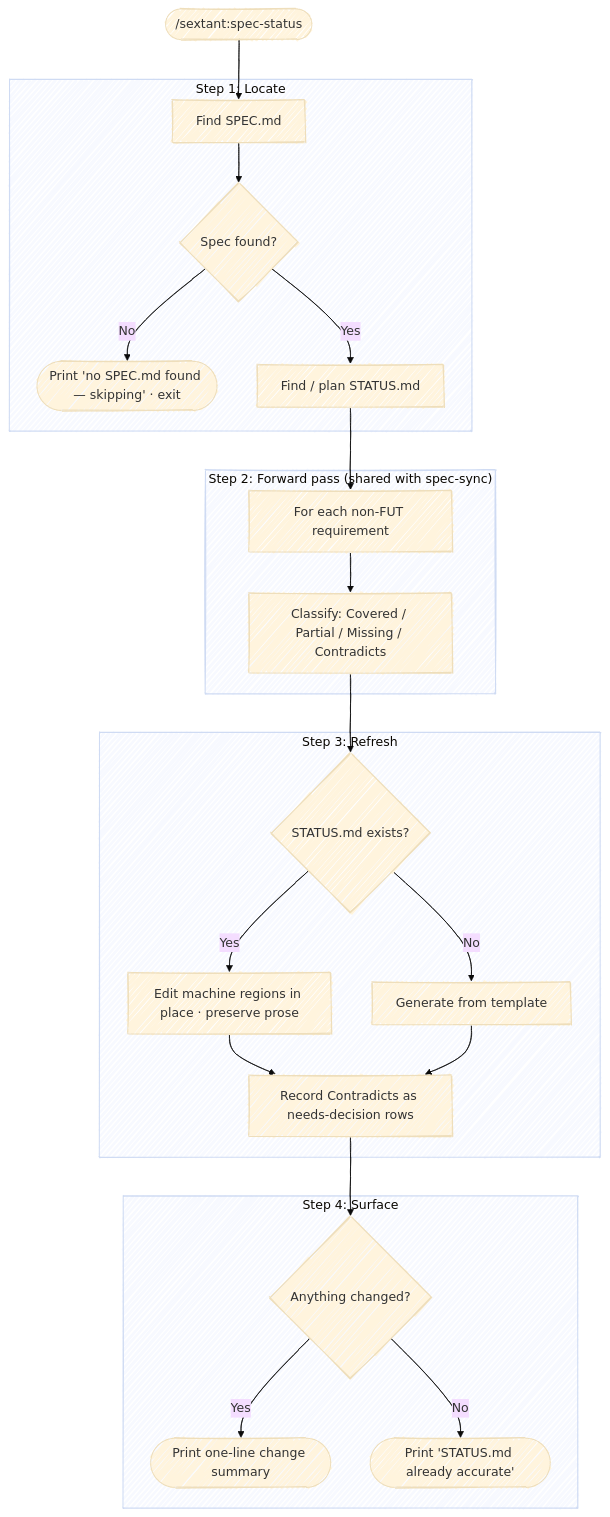
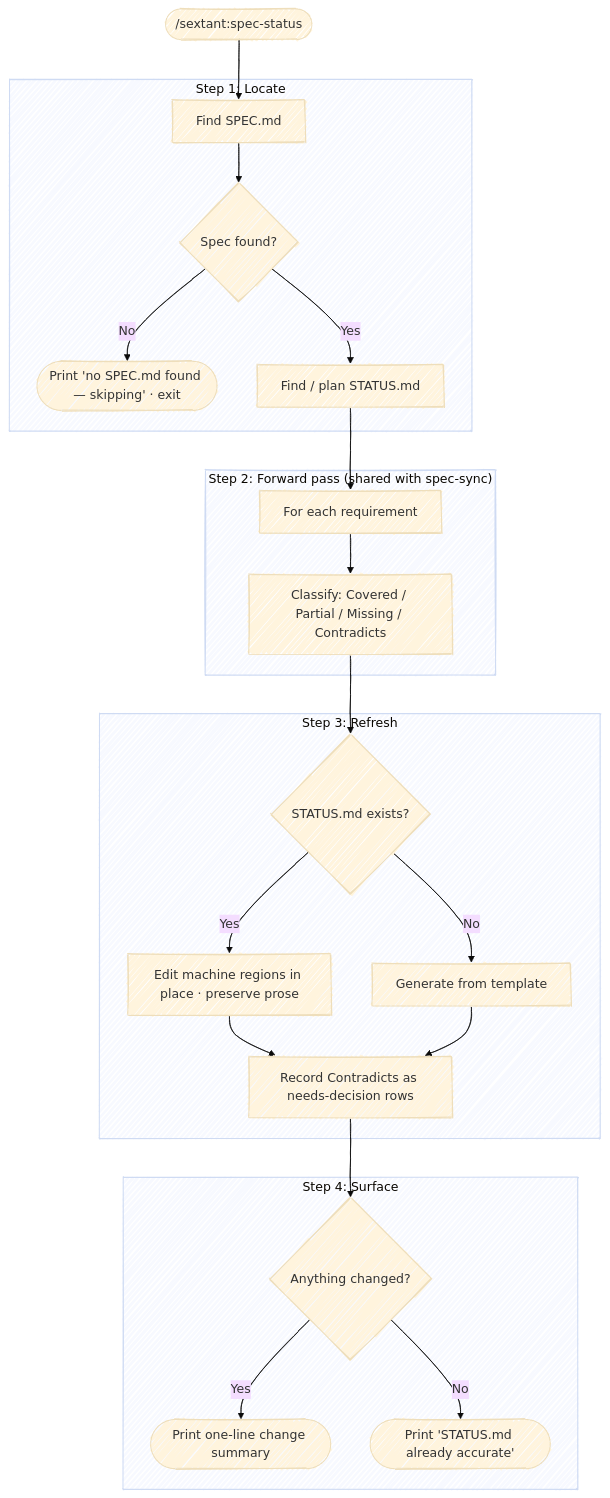
Before and after one commit to chris-peterson/sextant: the diagram in skills/spec-status/SKILL.md, drawn with Mermaid (base theme). The commit also changed other lines of this file and 11 other files, not shown here.

````diff
--- a/skills/spec-status/SKILL.md
+++ b/skills/spec-status/SKILL.md
@@ -21,30 +21,30 @@
 ```mermaid
 %%{ init: { 'look': 'handDrawn' } }%%
 flowchart TD
     Start(["/sextant:spec-status"]) --> Locate
 
     subgraph "Step 1: Locate"
         Locate["Find SPEC.md"] --> Gate{"Spec found?"}
         Gate -->|No| NoOp(["Print 'no SPEC.md found — skipping' · exit"])
         Gate -->|Yes| FindStatus["Find / plan STATUS.md"]
     end
 
     subgraph "Step 2: Forward pass (shared with spec-sync)"
-        FindStatus --> ForEach["For each non-FUT requirement"]
+        FindStatus --> ForEach["For each requirement"]
         ForEach --> Classify["Classify: Covered / Partial / Missing / Contradicts"]
     end
 
     subgraph "Step 3: Refresh"
         Classify --> Exists{"STATUS.md exists?"}
         Exists -->|Yes| InPlace["Edit machine regions in place · preserve prose"]
         Exists -->|No| Template["Generate from template"]
         InPlace --> Decision["Record Contradicts as needs-decision rows"]
         Template --> Decision
     end
 
     subgraph "Step 4: Surface"
         Decision --> Diff{"Anything changed?"}
         Diff -->|Yes| Summary(["Print one-line change summary"])
         Diff -->|No| Noop2(["Print 'STATUS.md already accurate'"])
     end
 ```
````
